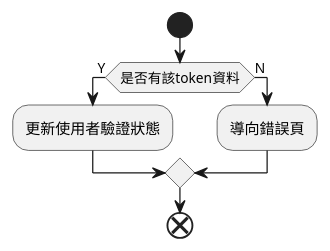
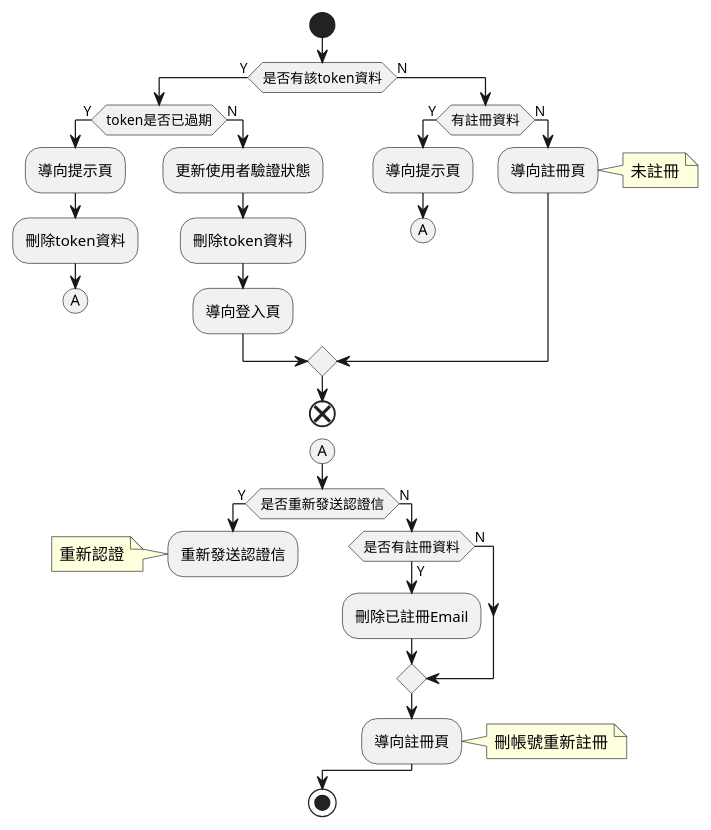
Before and after one commit to CH0817/my-practices: the diagram in src/main/resources/uml/email_verify.puml, drawn with PlantUML.

Commit message:
重新定義註冊驗證流程

```diff
--- a/src/main/resources/uml/email_verify.puml
+++ b/src/main/resources/uml/email_verify.puml
@@ -1,9 +1,45 @@
 @startuml
 start
     if(是否有該token資料) then (Y)
-        :更新使用者驗證狀態;
+        if(token是否已過期) then (Y)
+            :導向提示頁;
+            :刪除token資料;
+            (A)
+            detach
+        else (N)
+            :更新使用者驗證狀態;
+            :刪除token資料;
+            :導向登入頁;
+        endif
     else (N)
-        :導向錯誤頁;
+        if(有註冊資料) then (Y)
+            :導向提示頁;
+            (A)
+            detach
+        else (N)
+            :導向註冊頁;
+            note right
+                未註冊
+            end note
+        endif
     endif
 end
+(A)
+if(是否重新發送認證信) then (Y)
+    :重新發送認證信;
+    note left
+        重新認證
+    end note
+    detach
+else (N)
+    if(是否有註冊資料) then (Y)
+        :刪除已註冊Email;
+    else (N)
+    endif
+    :導向註冊頁;
+    note right
+        刪帳號重新註冊
+    end note
+endif
+stop
 @enduml
```
